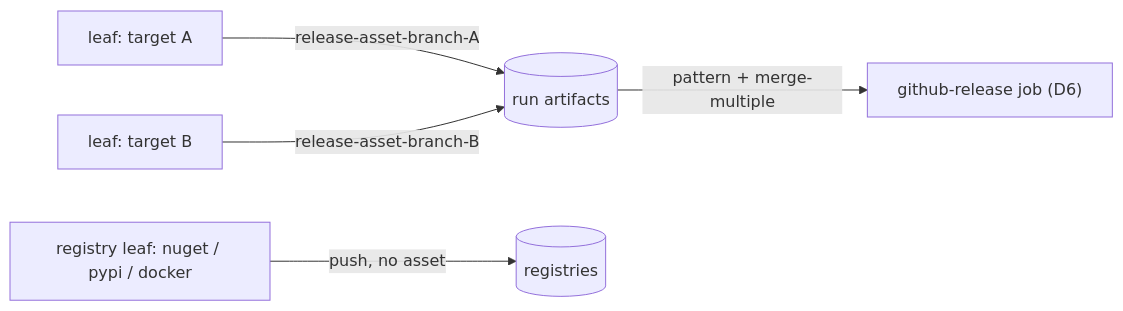
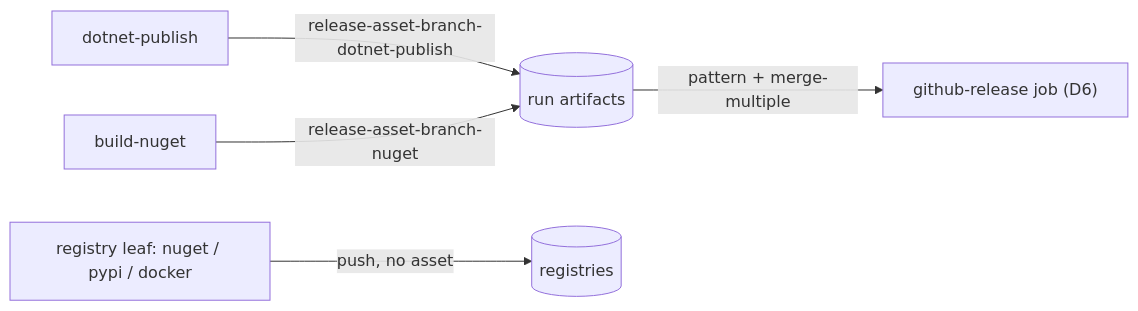
The third of 5 diagrams in WORKFLOW.md (ptr727/ProjectTemplate), drawn with Mermaid before and after one commit. The commit also changed other lines of this file and 10 other files, not shown here.

````diff
--- a/WORKFLOW.md
+++ b/WORKFLOW.md
@@ -79,7 +79,7 @@
 ```mermaid
 flowchart LR
-  leafa[leaf: target A] -->|release-asset-branch-A| store[(run artifacts)]
-  leafb[leaf: target B] -->|release-asset-branch-B| store
+  dotnet[dotnet-publish] -->|release-asset-branch-dotnet-publish| store[(run artifacts)]
+  nuget[build-nuget] -->|release-asset-branch-nuget| store
   store -->|pattern + merge-multiple| rel["github-release job (D6)"]
   reg[registry leaf: nuget / pypi / docker] -->|push, no asset| registries[(registries)]
 ```
````
